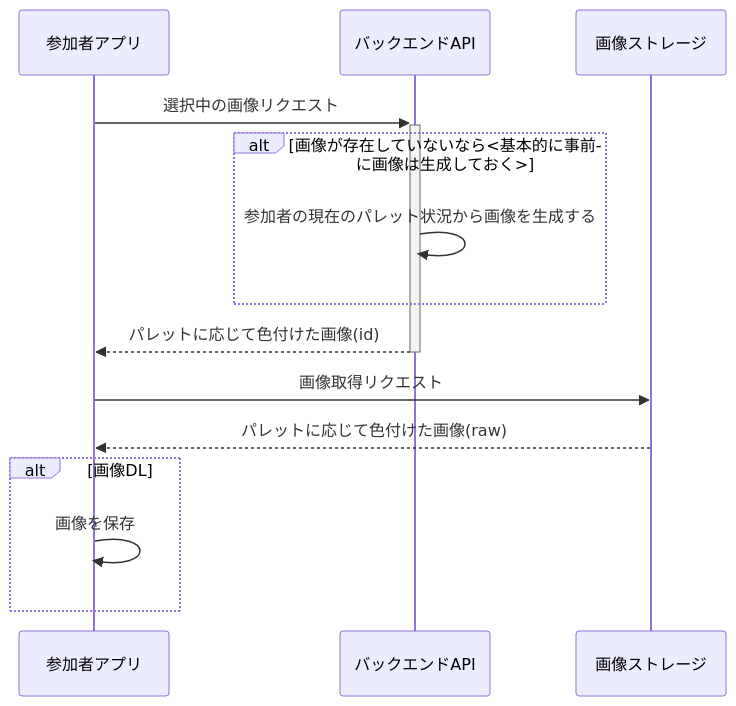
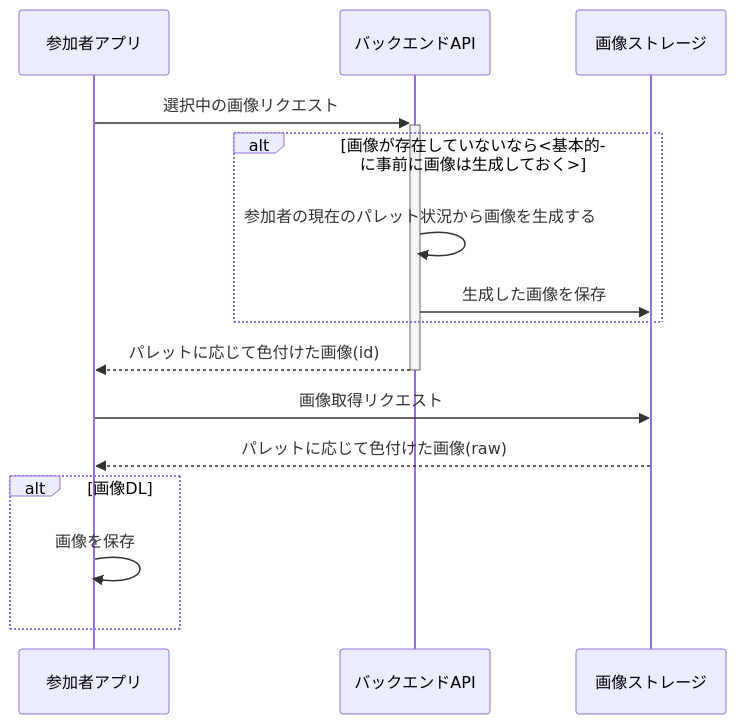
The fourth of 9 diagrams in docs/sequence/mobile.md (after-school-garbage-squad/repaint-architecture), drawn with Mermaid before and after one commit.

````diff
--- a/docs/sequence/mobile.md
+++ b/docs/sequence/mobile.md
@@ -53,16 +53,17 @@
 ```mermaid
 sequenceDiagram
     participant app as 参加者アプリ
     participant back as バックエンドAPI
     participant storage as 画像ストレージ
     app ->>+ back: 選択中の画像リクエスト
     alt 画像が存在していないなら<基本的に事前に画像は生成しておく>
       back ->> back: 参加者の現在のパレット状況から画像を生成する
+      back ->> storage: 生成した画像を保存
     end
     back -->>- app: パレットに応じて色付けた画像(id)
     app ->> storage: 画像取得リクエスト
     storage -->> app: パレットに応じて色付けた画像(raw)
     alt 画像DL
         app ->> app: 画像を保存
     end
 ```
````
